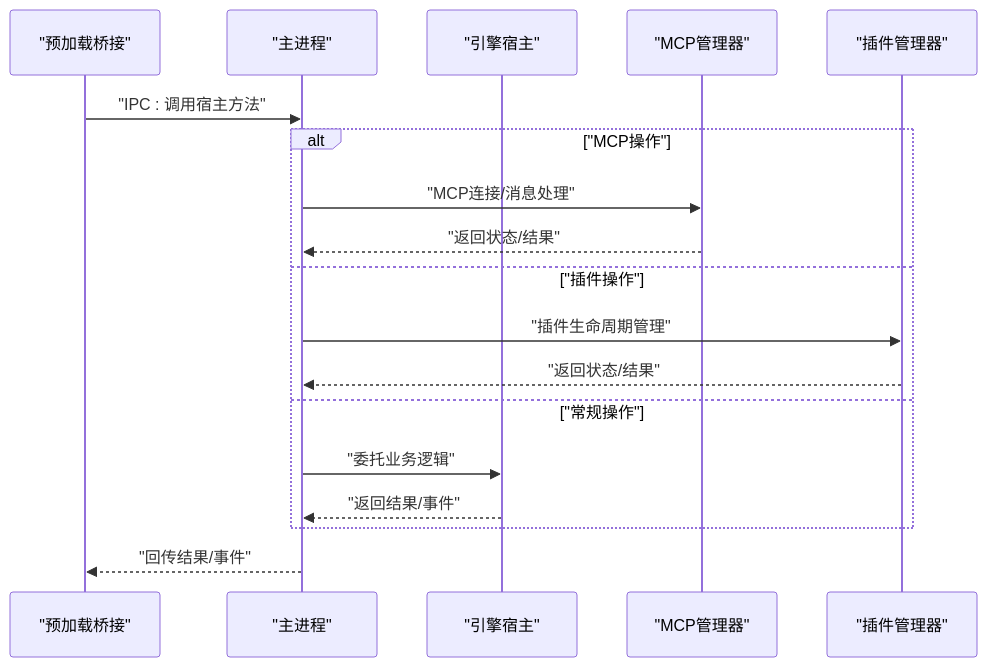
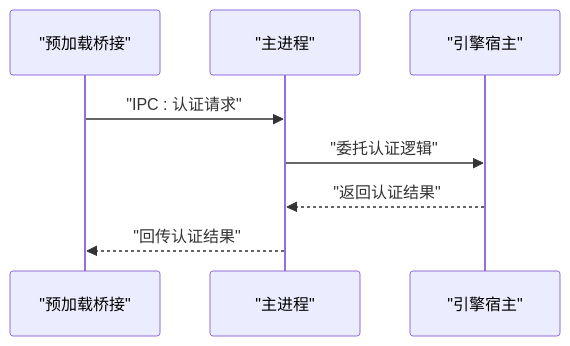
Before and after one commit to kkutysllb/KCoder: the sixth of 7 diagrams in .qoder/repowiki/zh/content/前端架构/API集成层.md, drawn with Mermaid. The commit also changed other lines of this file and 141 other files, not shown here.

````diff
--- a/.qoder/repowiki/zh/content/前端架构/API集成层.md
+++ b/.qoder/repowiki/zh/content/前端架构/API集成层.md
@@ -236,20 +265,10 @@
 ```mermaid
 sequenceDiagram
 participant Pre as "预加载桥接"
 participant Main as "主进程"
 participant Host as "引擎宿主"
-participant MCP as "MCP管理器"
-participant Plugin as "插件管理器"
-Pre->>Main : "IPC : 调用宿主方法"
-alt "MCP操作"
-Main->>MCP : "MCP连接/消息处理"
-MCP-->>Main : "返回状态/结果"
-else "插件操作"
-Main->>Plugin : "插件生命周期管理"
-Plugin-->>Main : "返回状态/结果"
-else "常规操作"
-Main->>Host : "委托业务逻辑"
-Host-->>Main : "返回结果/事件"
-end
-Main-->>Pre : "回传结果/事件"
+Pre->>Main : "IPC : 认证请求"
+Main->>Host : "委托认证逻辑"
+Host-->>Main : "返回认证结果"
+Main-->>Pre : "回传认证结果"
 ```
````
